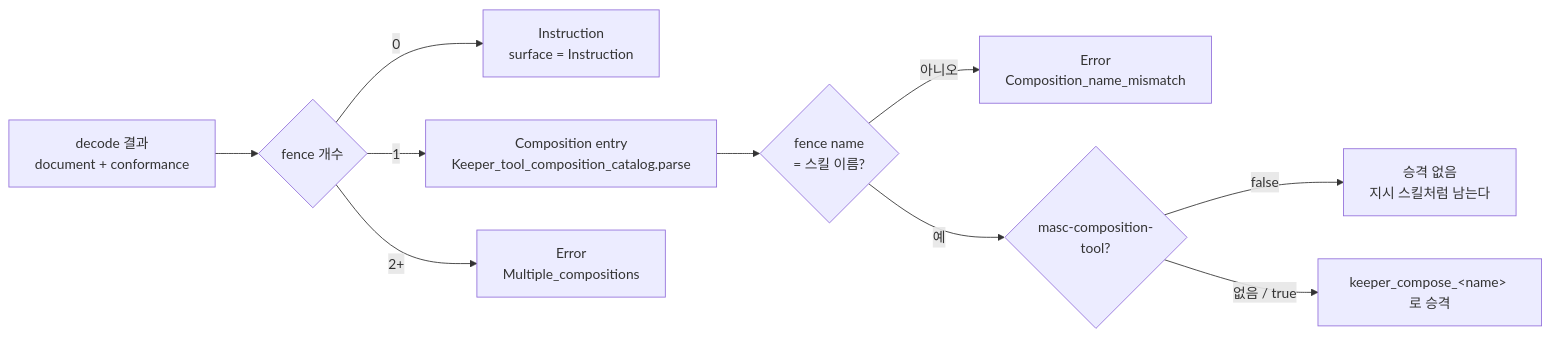
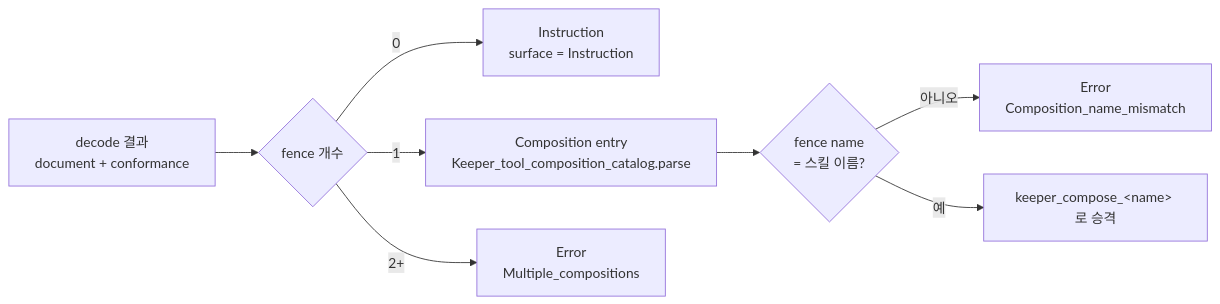
Before and after one commit to jeong-sik/masc: the second of 4 diagrams in docs/SKILLS-FLOW.md, drawn with Mermaid. The commit also changed other lines of this file and 4 other files, not shown here.

````diff
--- a/docs/SKILLS-FLOW.md
+++ b/docs/SKILLS-FLOW.md
@@ -56,12 +56,10 @@
 ```mermaid
 flowchart LR
   D["decode 결과<br/>document + conformance"] --> Q{"fence 개수"}
   Q -->|"0"| INS["Instruction<br/>surface = Instruction"]
   Q -->|"1"| COM["Composition entry<br/>Keeper_tool_composition_catalog.parse"]
   Q -->|"2+"| ERR2["Error<br/>Multiple_compositions"]
   COM --> NM{"fence name<br/>= 스킬 이름?"}
   NM -->|"아니오"| ERR3["Error<br/>Composition_name_mismatch"]
-  NM -->|"예"| MI{"masc-composition-<br/>tool?"}
-  MI -->|"false"| HID["승격 없음<br/>지시 스킬처럼 남는다"]
-  MI -->|"없음 / true"| OK["keeper_compose_&lt;name&gt; 로 승격"]
+  NM -->|"예"| OK["keeper_compose_&lt;name&gt; 로 승격"]
 ```
````
